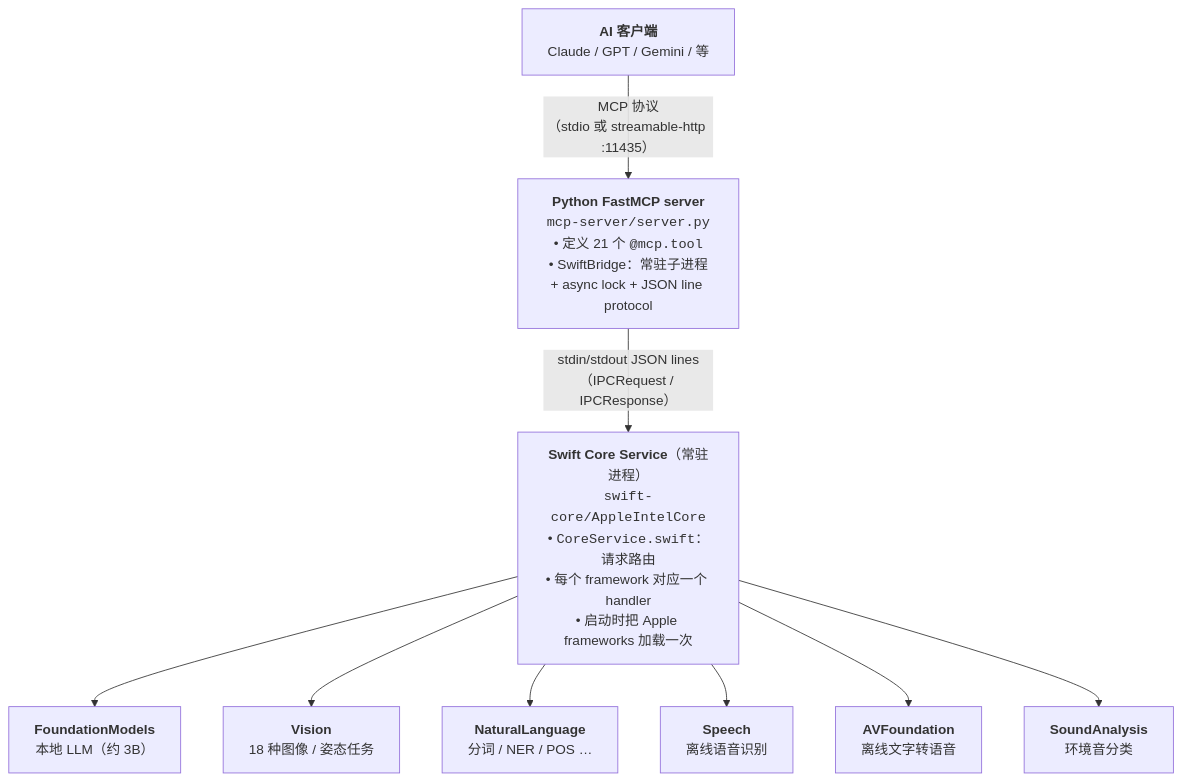
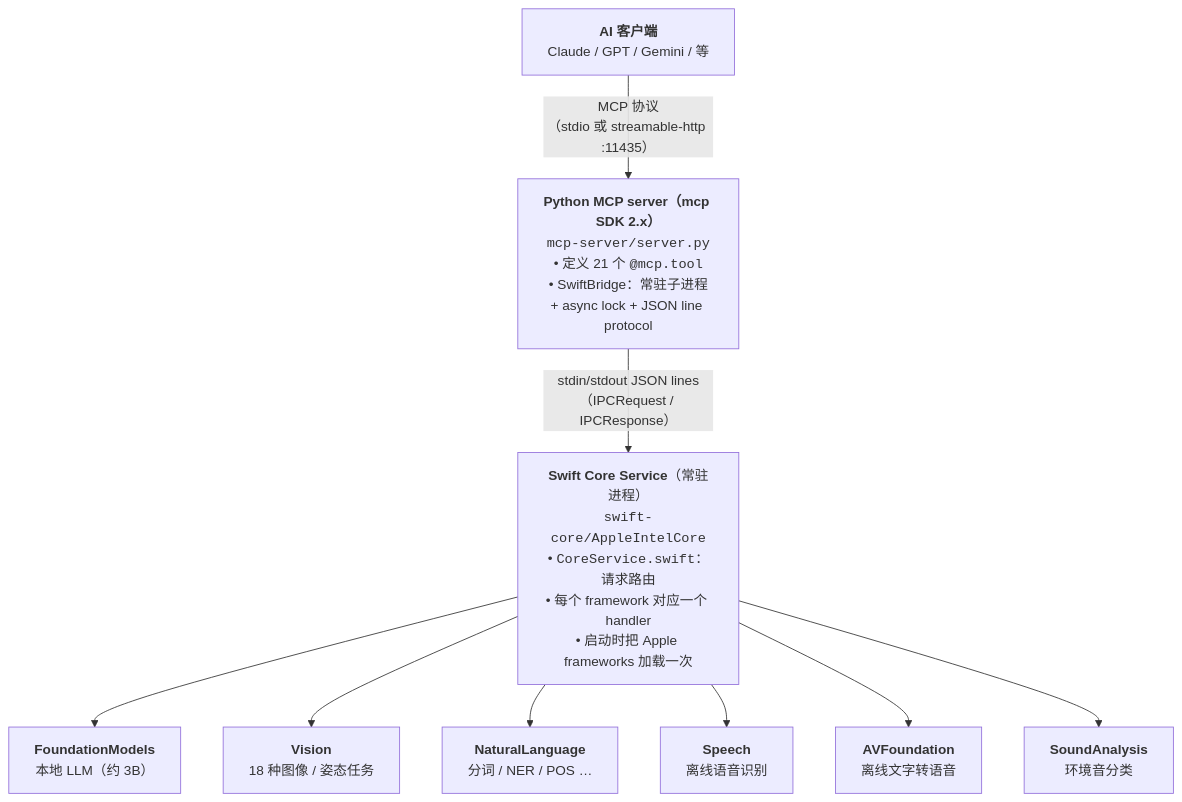
The diagram in README.zh-Hans.md (falll2000/apple-intelligence-mcp), drawn with Mermaid before and after one commit. The commit also changed other lines of this file and 2 other files, not shown here.

Commit message:
docs: document mcp 2.x, tool annotations, and hermes/openclaw server keys

````diff
--- a/README.zh-Hans.md
+++ b/README.zh-Hans.md
@@ -421,22 +448,22 @@
 ```mermaid
 flowchart TD
     Client["<b>AI 客户端</b><br/>Claude / GPT / Gemini / 等"]
-    MCP["<b>Python FastMCP server</b><br/><code>mcp-server/server.py</code><br/>• 定义 21 个 <code>@mcp.tool</code><br/>• SwiftBridge：常驻子进程<br/>+ async lock + JSON line protocol"]
+    MCP["<b>Python MCP server（mcp SDK 2.x）</b><br/><code>mcp-server/server.py</code><br/>• 定义 21 个 <code>@mcp.tool</code><br/>• SwiftBridge：常驻子进程<br/>+ async lock + JSON line protocol"]
     Swift["<b>Swift Core Service</b>（常驻进程）<br/><code>swift-core/AppleIntelCore</code><br/>• <code>CoreService.swift</code>：请求路由<br/>• 每个 framework 对应一个 handler<br/>• 启动时把 Apple frameworks 加载一次"]
 
     FM["<b>FoundationModels</b><br/>本地 LLM（约 3B）"]
     Vis["<b>Vision</b><br/>18 种图像 / 姿态任务"]
     NL["<b>NaturalLanguage</b><br/>分词 / NER / POS …"]
     Sp["<b>Speech</b><br/>离线语音识别"]
     AV["<b>AVFoundation</b><br/>离线文字转语音"]
     SA["<b>SoundAnalysis</b><br/>环境音分类"]
 
     Client -- "MCP 协议<br/>（stdio 或 streamable-http :11435）" --> MCP
     MCP -- "stdin/stdout JSON lines<br/>（IPCRequest / IPCResponse）" --> Swift
     Swift --> FM
     Swift --> Vis
     Swift --> NL
     Swift --> Sp
     Swift --> AV
     Swift --> SA
 ```
````
